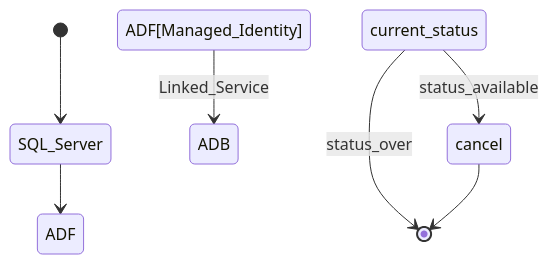
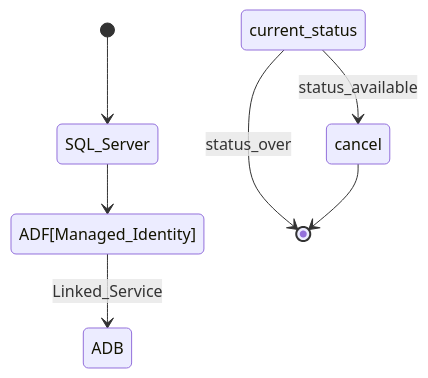
The diagram in README.md (vijganji99/strada-DE-Infra), drawn with Mermaid before and after one commit.

````diff
--- a/README.md
+++ b/README.md
@@ -16,9 +16,9 @@
 ```mermaid
 stateDiagram-v2
     [*] --> SQL_Server
-    SQL_Server --> ADF
+    SQL_Server --> ADF[Managed_Identity]
     ADF[Managed_Identity] --> ADB:Linked_Service
     current_status --> cancel: status_available
     current_status --> [*]: status_over
     cancel --> [*]
 ```
````
